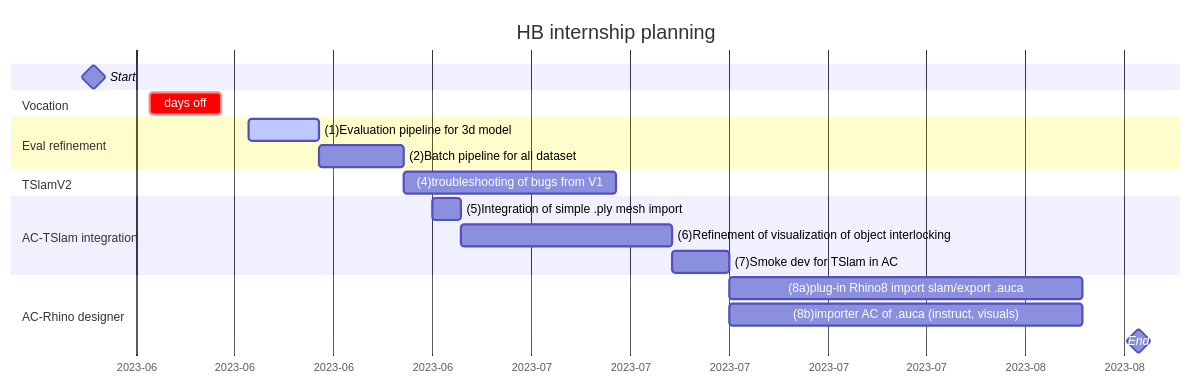
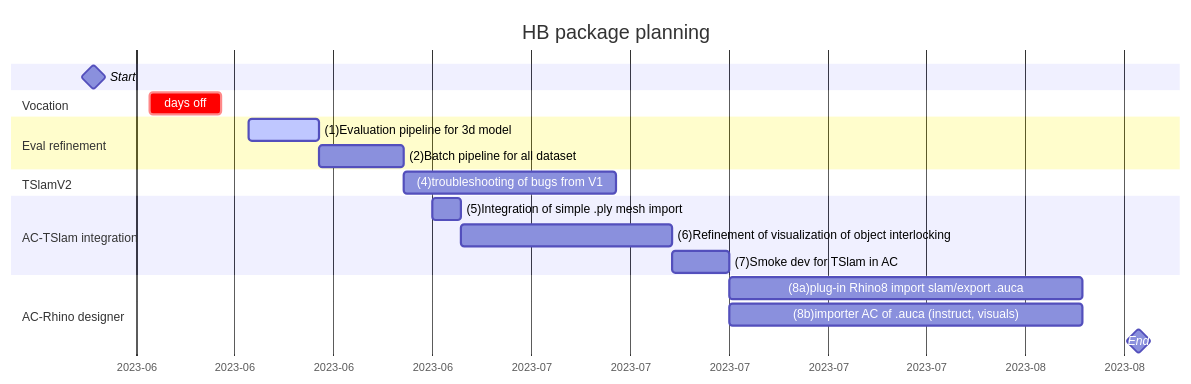
The second of 2 diagrams in README.md (ibois-epfl/augmented-carpentry), drawn with Mermaid before and after one commit. The commit also changed other lines of this file, not shown here.

Commit message:
ADD: update plan for NC internship / TTOOL [no ci]

````diff
--- a/README.md
+++ b/README.md
@@ -9,29 +75,29 @@
 ```mermaid
 gantt
     dateFormat  YYYY-MM-DD
-    title       HB internship planning
+    title       HB package planning
     axisFormat %Y-%m
 
     Start                                                  :milestone, 2023-06-01, 0d
 
     section Vocation
     days off                                               :crit, off, 2023-06-05, 5d
 
     section Eval refinement
     (1)Evaluation pipeline for 3d model                       :active, epf3m, 2023-06-12, 5d
     (2)Batch pipeline for all dataset                         :bpfad, after epf3m, 6d
 
     section TSlamV2
     (4)troubleshooting of bugs from V1                        :domsv2, after bpfad 2023-08-01, 15d
     
     section AC-TSlam integration
     (5)Integration of simple .ply mesh import                 :iomi, 2023-06-25, 2d
     (6)Refinement of visualization of object interlocking     :rovooi, after iomi, 15d
     (7)Smoke dev for TSlam in AC                              :stftia, after rovooi, 4d
 
     section AC-Rhino designer
     (8a)plug-in Rhino8 import slam/export .auca               :pirte, after stftia, 25d
     (8b)importer AC of .auca (instruct, visuals)              :iaoa, after stftia, 25d
 
     End                                                       :milestone, 2023-08-14, 0d
 ```
````
